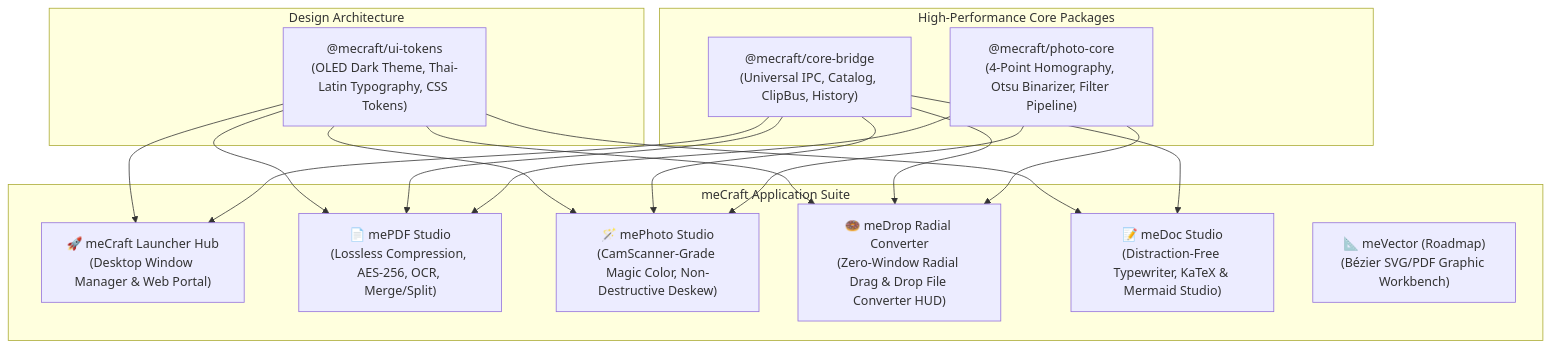
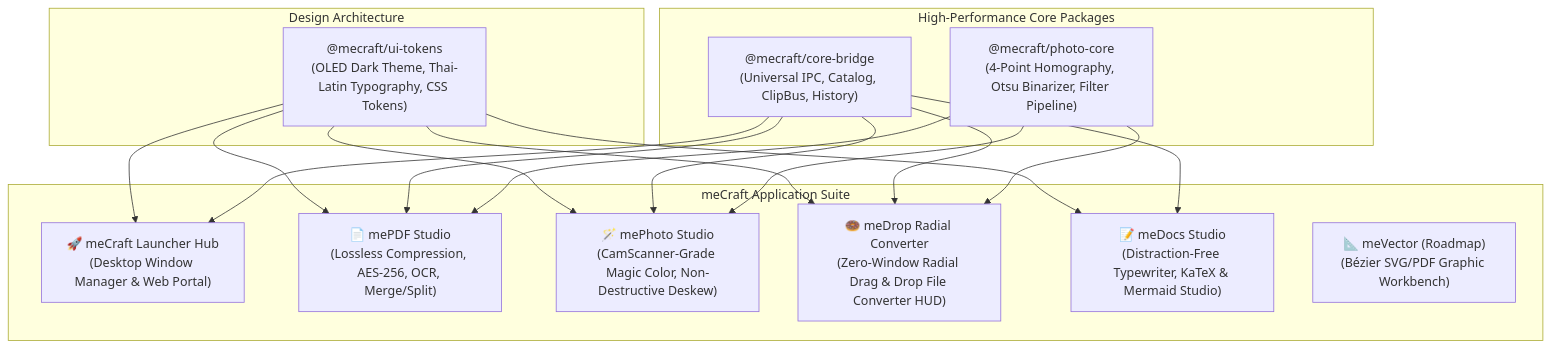
One commit to methastrategy/meCraft changed the diagram in README.md. Above: the diagram before and after it, drawn with Mermaid. The commit also changed other lines of this file and 217 other files, not shown here.

````diff
--- a/README.md
+++ b/README.md
@@ -65,36 +65,36 @@
 ```mermaid
 flowchart TD
     subgraph UI_Tokens["Design Architecture"]
         Tokens["@mecraft/ui-tokens\n(OLED Dark Theme, Thai-Latin Typography, CSS Tokens)"]
     end
 
     subgraph Core_Engines["High-Performance Core Packages"]
         Bridge["@mecraft/core-bridge\n(Universal IPC, Catalog, ClipBus, History)"]
         PhotoCore["@mecraft/photo-core\n(4-Point Homography, Otsu Binarizer, Filter Pipeline)"]
     end
 
     subgraph App_Suite["meCraft Application Suite"]
         Launcher["🚀 meCraft Launcher Hub\n(Desktop Window Manager & Web Portal)"]
         PDF["📄 mePDF Studio\n(Lossless Compression, AES-256, OCR, Merge/Split)"]
         Photo["🪄 mePhoto Studio\n(CamScanner-Grade Magic Color, Non-Destructive Deskew)"]
         Drop["🍩 meDrop Radial Converter\n(Zero-Window Radial Drag & Drop File Converter HUD)"]
-        Doc["📝 meDoc Studio\n(Distraction-Free Typewriter, KaTeX & Mermaid Studio)"]
+        Doc["📝 meDocs Studio\n(Distraction-Free Typewriter, KaTeX & Mermaid Studio)"]
         Vector["📐 meVector (Roadmap)\n(Bézier SVG/PDF Graphic Workbench)"]
     end
 
     Tokens --> Launcher
     Tokens --> PDF
     Tokens --> Photo
     Tokens --> Drop
     Tokens --> Doc
 
     Bridge --> Launcher
     Bridge --> PDF
     Bridge --> Photo
     Bridge --> Drop
     Bridge --> Doc
 
     PhotoCore --> Photo
     PhotoCore --> PDF
     PhotoCore --> Drop
 ```
````
